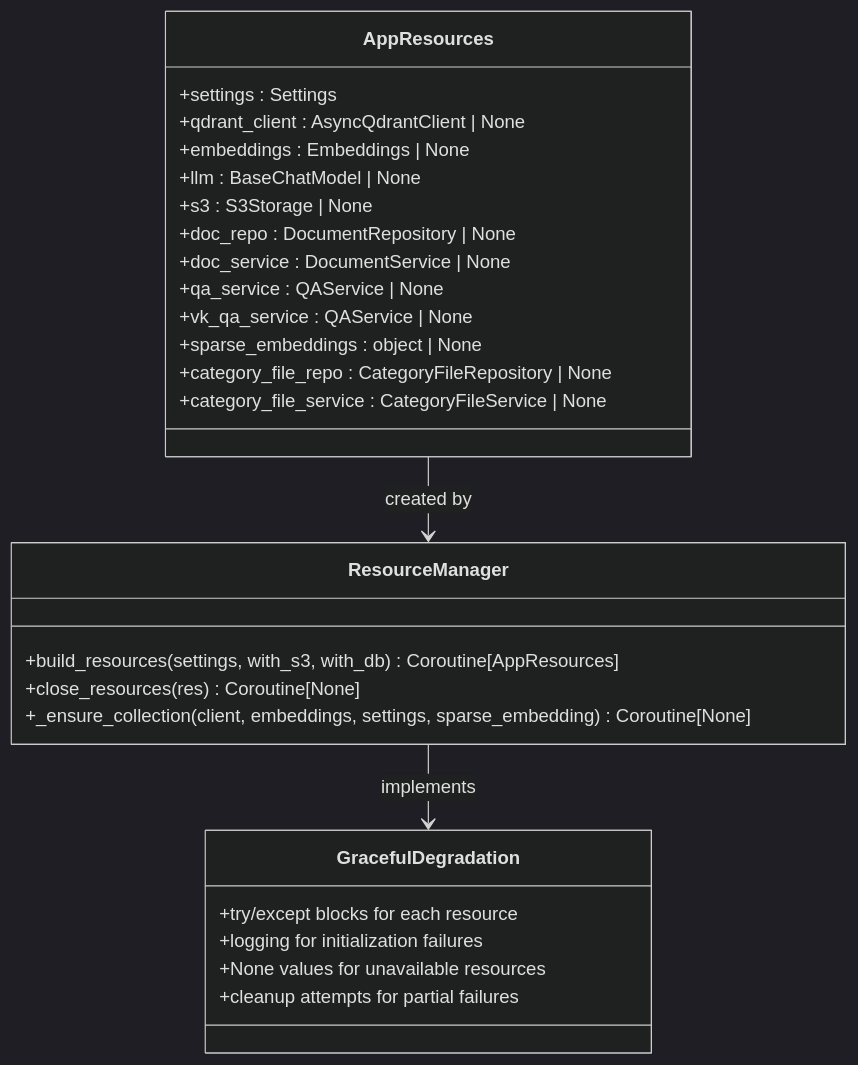
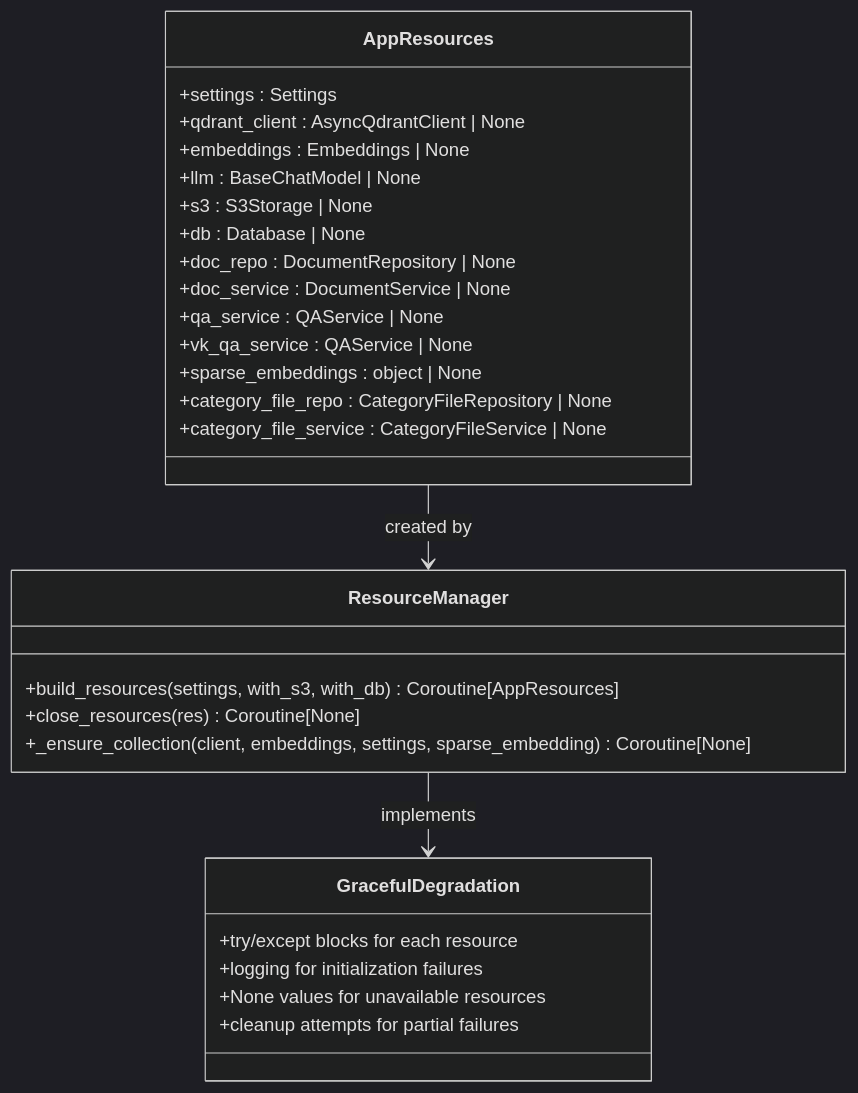
Before and after one commit to ognelis/cafetera_hr_bot: diagram 16 of 25 in .qoder/repowiki/en/content/VK Integration/VK Integration.md, drawn with Mermaid (dark theme). The commit also changed other lines of this file and 10 other files, not shown here.

````diff
--- a/.qoder/repowiki/en/content/VK Integration/VK Integration.md
+++ b/.qoder/repowiki/en/content/VK Integration/VK Integration.md
@@ -874,30 +878,31 @@
 ```mermaid
 classDiagram
 class AppResources {
 +settings : Settings
 +qdrant_client : AsyncQdrantClient | None
 +embeddings : Embeddings | None
 +llm : BaseChatModel | None
 +s3 : S3Storage | None
++db : Database | None
 +doc_repo : DocumentRepository | None
 +doc_service : DocumentService | None
 +qa_service : QAService | None
 +vk_qa_service : QAService | None
 +sparse_embeddings : object | None
 +category_file_repo : CategoryFileRepository | None
 +category_file_service : CategoryFileService | None
 }
 class ResourceManager {
 +build_resources(settings, with_s3, with_db) Coroutine[AppResources]
 +close_resources(res) Coroutine[None]
 +_ensure_collection(client, embeddings, settings, sparse_embedding) Coroutine[None]
 }
 class GracefulDegradation {
 +try/except blocks for each resource
 +logging for initialization failures
 +None values for unavailable resources
 +cleanup attempts for partial failures
 }
 AppResources --> ResourceManager : created by
 ResourceManager --> GracefulDegradation : implements
 ```
````
